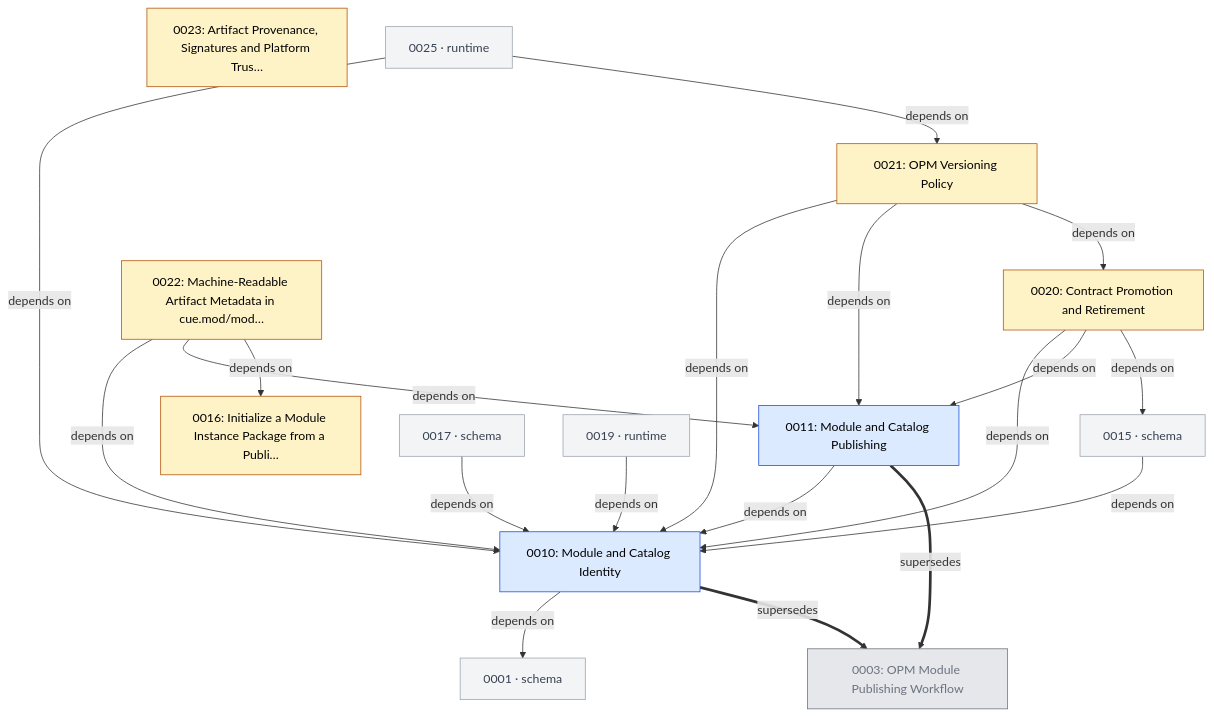
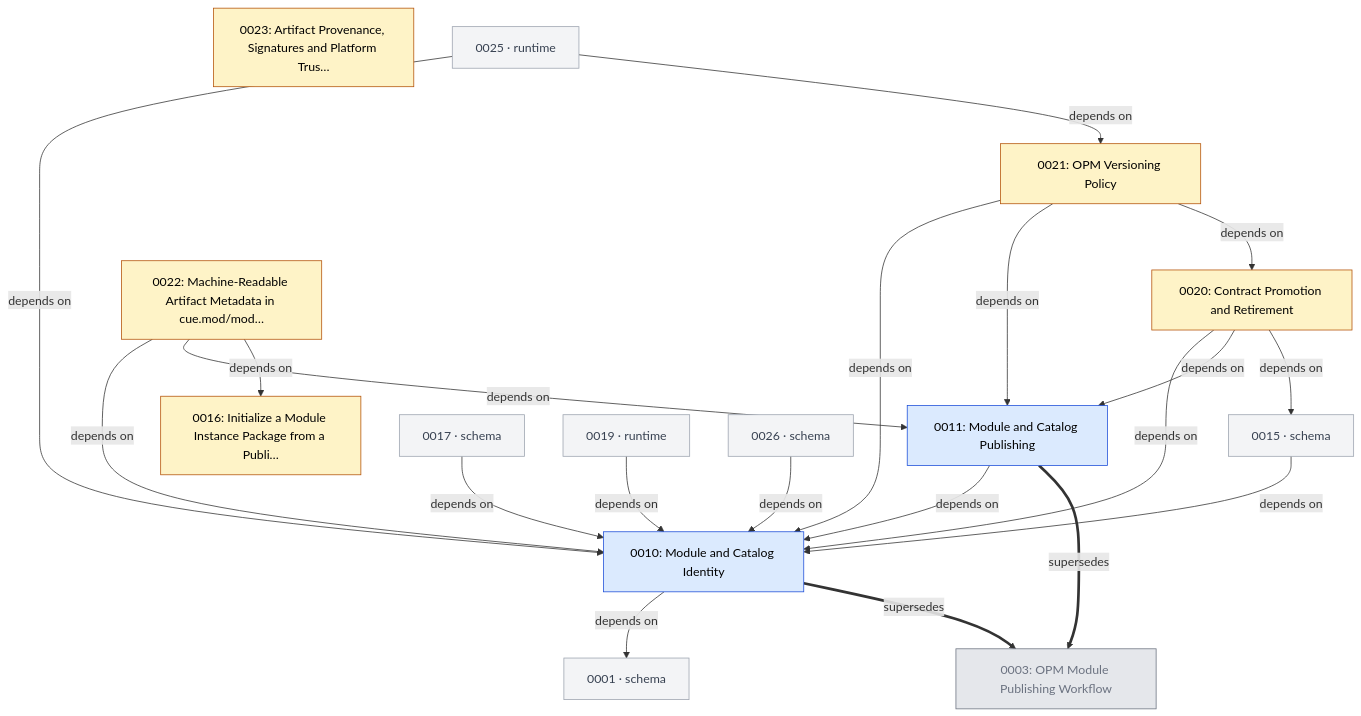
Before and after one commit to open-platform-model/enhancements: the fourth of 7 diagrams in GRAPH.md, drawn with Mermaid. The commit also changed other lines of this file and 14 other files, not shown here.

````diff
--- a/GRAPH.md
+++ b/GRAPH.md
@@ -122,43 +128,45 @@
 ```mermaid
 graph TD
   classDef draft       fill:#fef3c7,stroke:#b45309,color:#000
   classDef accepted    fill:#dbeafe,stroke:#1d4ed8,color:#000
   classDef rejected    fill:#fee2e2,stroke:#b91c1c,color:#7f1d1d,stroke-dasharray:4 2
   classDef superseded  fill:#e5e7eb,stroke:#6b7280,color:#6b7280
   classDef legacy      fill:#fafafa,stroke:#9ca3af,color:#6b7280,stroke-dasharray:3 3
   classDef stub        fill:#f3f4f6,stroke:#9ca3af,color:#374151
   classDef category    fill:#ede9fe,stroke:#6d28d9,color:#000
 
   N0010["0010: Module and Catalog Identity"]:::accepted
   N0011["0011: Module and Catalog Publishing"]:::accepted
   N0016["0016: Initialize a Module Instance Package from a Publi…"]:::draft
   N0020["0020: Contract Promotion and Retirement"]:::draft
   N0021["0021: OPM Versioning Policy"]:::draft
   N0022["0022: Machine-Readable Artifact Metadata in cue.mod/mod…"]:::draft
   N0023["0023: Artifact Provenance, Signatures and Platform Trus…"]:::draft
   N0003["0003: OPM Module Publishing Workflow"]:::superseded
   N0001["0001 · schema"]:::stub
   N0015["0015 · schema"]:::stub
   N0017["0017 · schema"]:::stub
   N0019["0019 · runtime"]:::stub
   N0025["0025 · runtime"]:::stub
+  N0026["0026 · schema"]:::stub
 
   N0010 -->|depends on| N0001
   N0011 -->|depends on| N0010
   N0015 -->|depends on| N0010
   N0017 -->|depends on| N0010
   N0019 -->|depends on| N0010
   N0020 -->|depends on| N0010
   N0020 -->|depends on| N0011
   N0020 -->|depends on| N0015
   N0021 -->|depends on| N0010
   N0021 -->|depends on| N0011
   N0021 -->|depends on| N0020
   N0022 -->|depends on| N0010
   N0022 -->|depends on| N0011
   N0022 -->|depends on| N0016
   N0025 -->|depends on| N0010
   N0025 -->|depends on| N0021
+  N0026 -->|depends on| N0010
   N0010 ==>|supersedes| N0003
   N0011 ==>|supersedes| N0003
 ```
````
